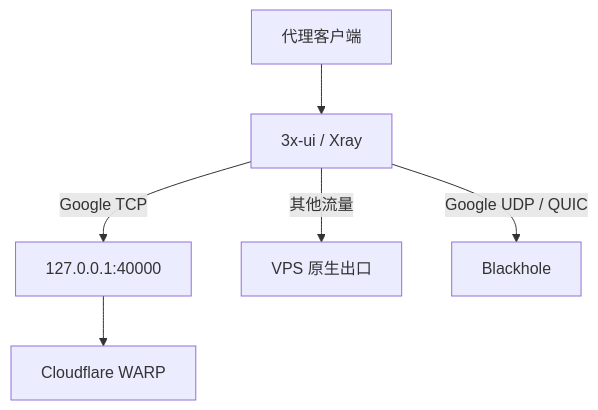
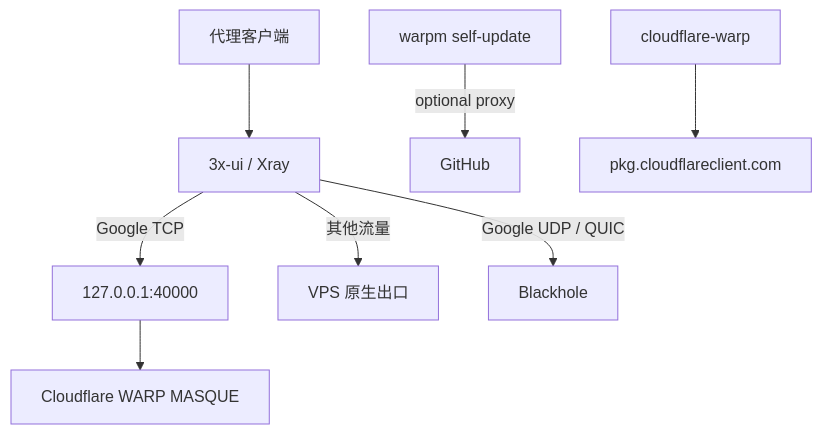
The diagram in docs/ARCHITECTURE.md (xinian5216/warp-egress-manager), drawn with Mermaid before and after one commit. The commit also changed other lines of this file and 18 other files, not shown here.

````diff
--- a/docs/ARCHITECTURE.md
+++ b/docs/ARCHITECTURE.md
@@ -3,8 +14,10 @@
 ```mermaid
 flowchart TD
     Client[代理客户端] --> Xray[3x-ui / Xray]
     Xray -->|Google TCP| Socks[127.0.0.1:40000]
-    Socks --> Warp[Cloudflare WARP]
+    Socks --> Warp[Cloudflare WARP MASQUE]
     Xray -->|其他流量| Native[VPS 原生出口]
     Xray -->|Google UDP / QUIC| Block[Blackhole]
+    Script[warpm self-update] -->|optional proxy| GitHub[GitHub]
+    WarpPkg[cloudflare-warp] --> Official[pkg.cloudflareclient.com]
 ```
````
